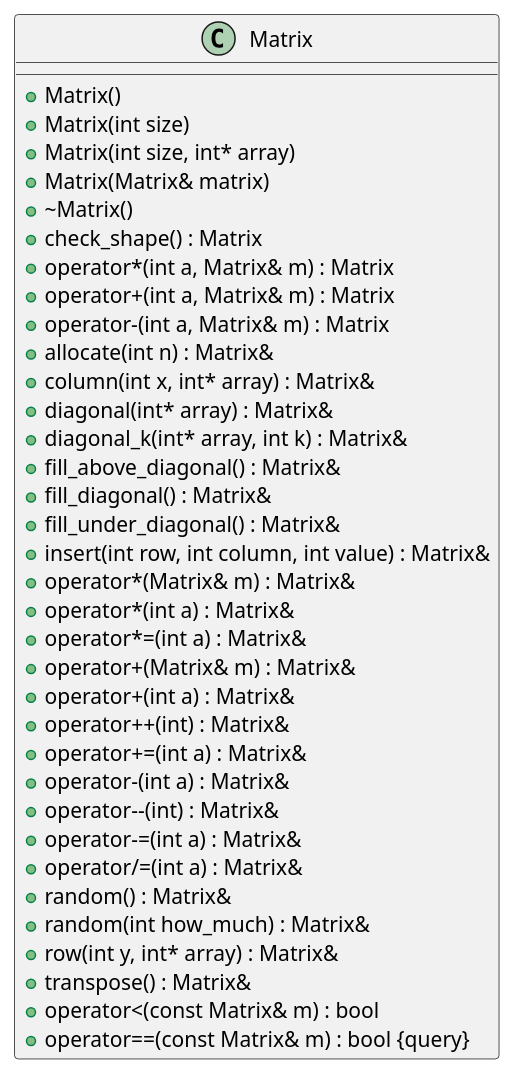
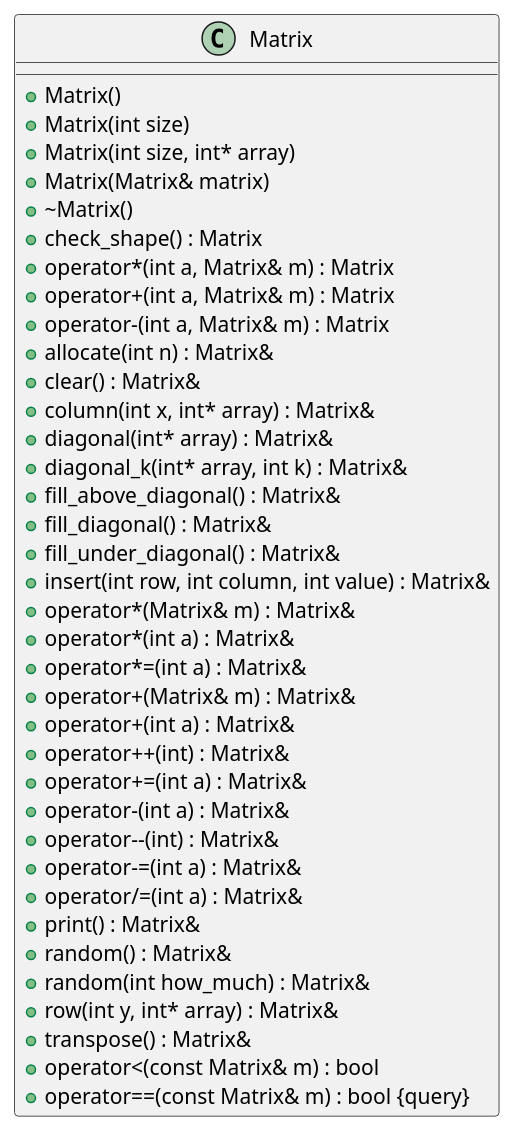
The diagram in inline_umlgraph_pnghtml.pu (MaciejWojs/Matrix), drawn with PlantUML before and after one commit. The commit also changed 13 other files, not shown here.

```diff
--- a/inline_umlgraph_pnghtml.pu
+++ b/inline_umlgraph_pnghtml.pu
@@ -1,39 +1,41 @@
 @startuml inline_umlgraph_1.png
 class Matrix {
 +Matrix()
 +Matrix(int size)
 +Matrix(int size, int* array)
 +Matrix(Matrix& matrix)
 +~Matrix()
 +check_shape() : Matrix
 +operator*(int a, Matrix& m) : Matrix
 +operator+(int a, Matrix& m) : Matrix
 +operator-(int a, Matrix& m) : Matrix
 +allocate(int n) : Matrix&
++clear() : Matrix&
 +column(int x, int* array) : Matrix&
 +diagonal(int* array) : Matrix&
 +diagonal_k(int* array, int k) : Matrix&
 +fill_above_diagonal() : Matrix&
 +fill_diagonal() : Matrix&
 +fill_under_diagonal() : Matrix&
 +insert(int row, int column, int value) : Matrix&
 +operator*(Matrix& m) : Matrix&
 +operator*(int a) : Matrix&
 +operator*=(int a) : Matrix&
 +operator+(Matrix& m) : Matrix&
 +operator+(int a) : Matrix&
 +operator++(int) : Matrix&
 +operator+=(int a) : Matrix&
 +operator-(int a) : Matrix&
 +operator--(int) : Matrix&
 +operator-=(int a) : Matrix&
 +operator/=(int a) : Matrix&
++print() : Matrix&
 +random() : Matrix&
 +random(int how_much) : Matrix&
 +row(int y, int* array) : Matrix&
 +transpose() : Matrix&
 +operator<(const Matrix& m) : bool
 +operator==(const Matrix& m) : bool {query}
 
 }
 @enduml
```
